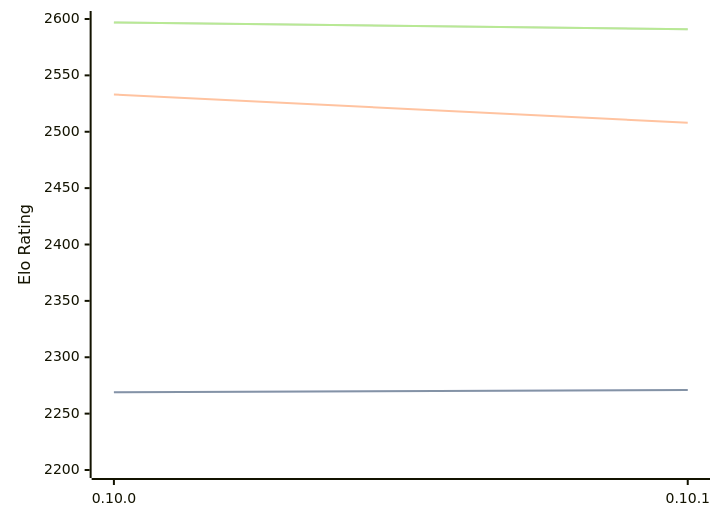
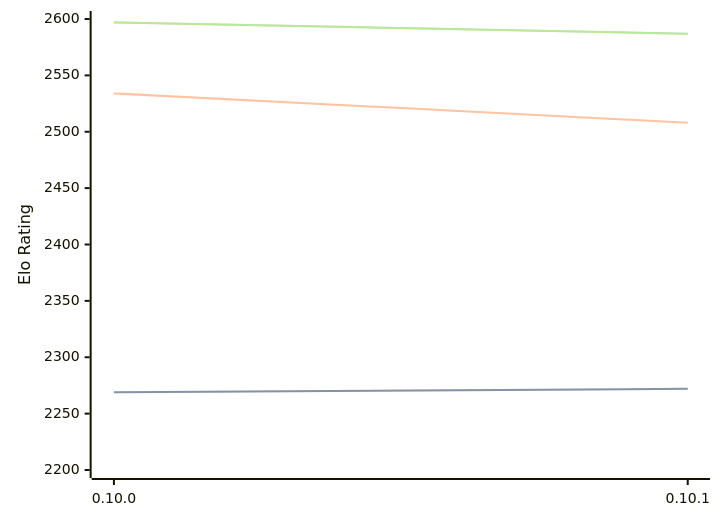
The diagram in engines/Fatalii.md (computer-chess-index/cci), drawn with Mermaid before and after one commit. The commit also changed other lines of this file, not shown here.

Commit message:
Update CCI Ratings (ELO VLTC) - 2026-08-20

````diff
--- a/engines/Fatalii.md
+++ b/engines/Fatalii.md
@@ -32,11 +32,11 @@
 ```mermaid
 %%{init: {"theme":"base","themeVariables":{"seriesColors:['#a3a3a3','#222221','#faa371']}}}%%
 xychart-beta
   x-axis ["0.10.0", "0.10.1"]
   y-axis "Elo Rating" 2200 --> 2600
-  line "STC (8.0+0.08s)" [2269, 2271]
-  line "STC (8.0+0.08s)" [2269, 2271]
-  line "LTC (60.0+0.60s)" [2533, 2508]
-  line "VLTC (2m24s+1.12s)" [2597, 2591]
-  line "VLTC (2m24s+1.12s)" [2597, 2591]
+  line "STC (8.0+0.08s)" [2269, 2272]
+  line "STC (8.0+0.08s)" [2269, 2272]
+  line "LTC (60.0+0.60s)" [2534, 2508]
+  line "VLTC (2m24s+1.12s)" [2597, 2587]
+  line "VLTC (2m24s+1.12s)" [2597, 2587]
 ```
````
